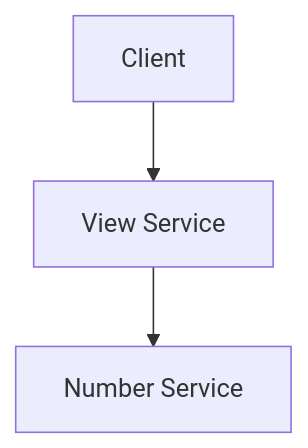
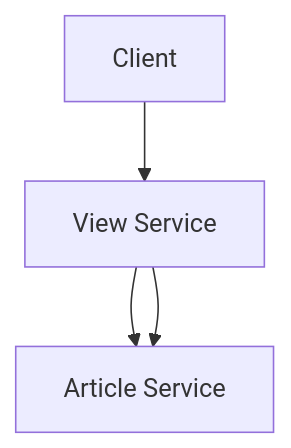
One commit to leonsteinhaeuser/example-app changed the diagram in README.md. Above: the diagram before and after it, drawn with Mermaid.

Commit message:
docs(README): added article service graph

````diff
--- a/README.md
+++ b/README.md
@@ -5,5 +5,6 @@
 ```mermaid
 graph TD
   A[Client] --> B[View Service]
   B --> C[Number Service]
+  B --> C[Article Service]
 ```
````
